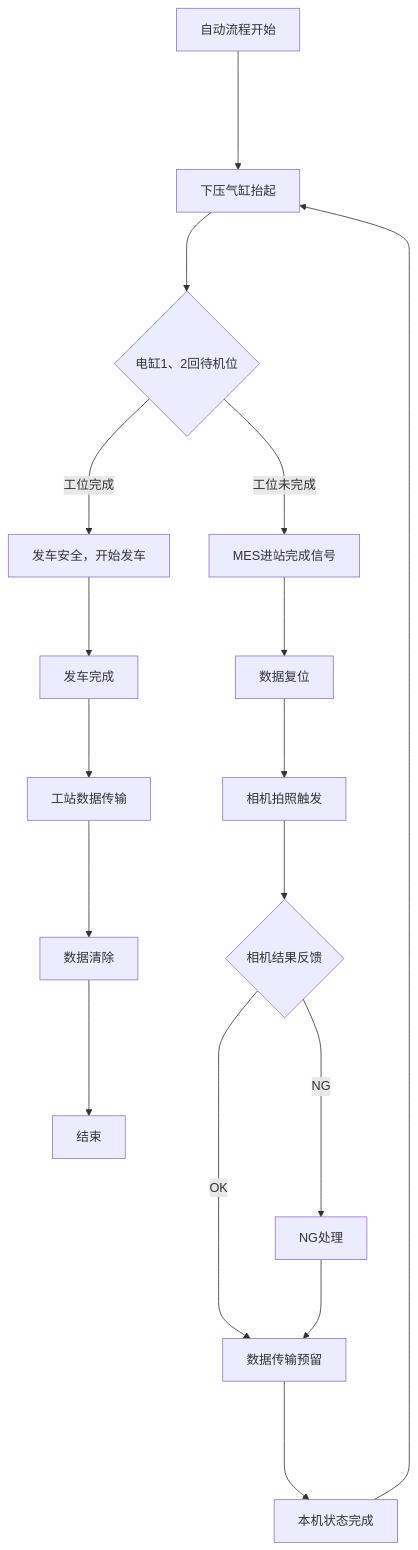
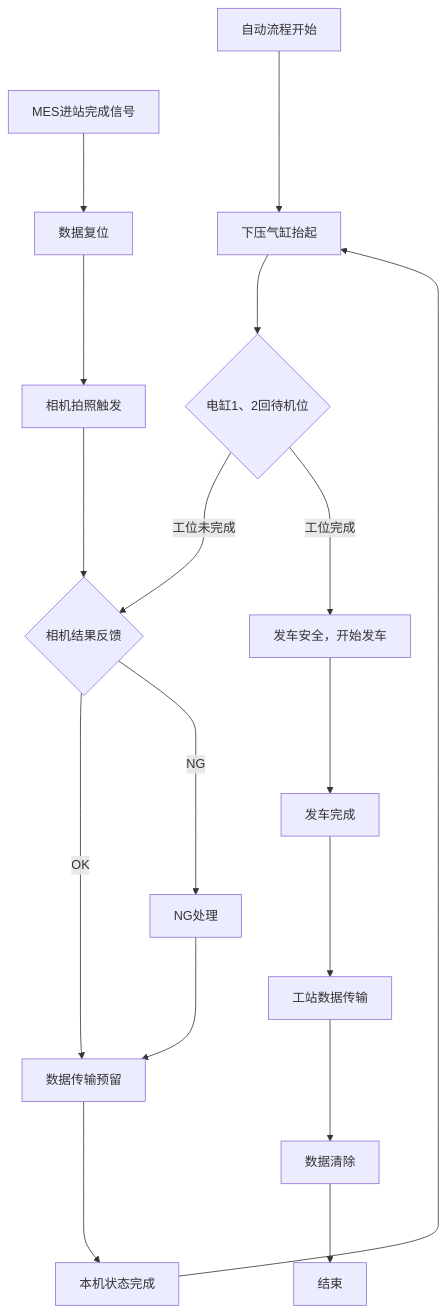
The diagram in all/OP80穿端子1.md (zmq000/iodraw-files), drawn with Mermaid before and after one commit.

Commit message:
2026-06-17 19:17:36 update

````diff
--- a/all/OP80穿端子1.md
+++ b/all/OP80穿端子1.md
@@ -1,20 +1,20 @@
 ```mermaid
 graph TD
 自动流程开始---->10
 10[下压气缸抬起]--->20
-20{电缸1、2回待机位}--->|工位未完成|100
+20{电缸1、2回待机位}--->|工位未完成|130
 20--->|工位完成|200
 100[MES进站完成信号]--->110
 110[数据复位]--->120
 120[相机拍照触发]--->130
 130{相机结果反馈}--->|OK|150
 130---->|NG|140
 140[NG处理]--->150
 150[数据传输预留]---->160
 160[本机状态完成]--->10
 200[发车安全，开始发车]--->210
 210[发车完成]--->220
 220[工站数据传输]--->230
 230[数据清除]--->240
 240[结束]
 ```
````
